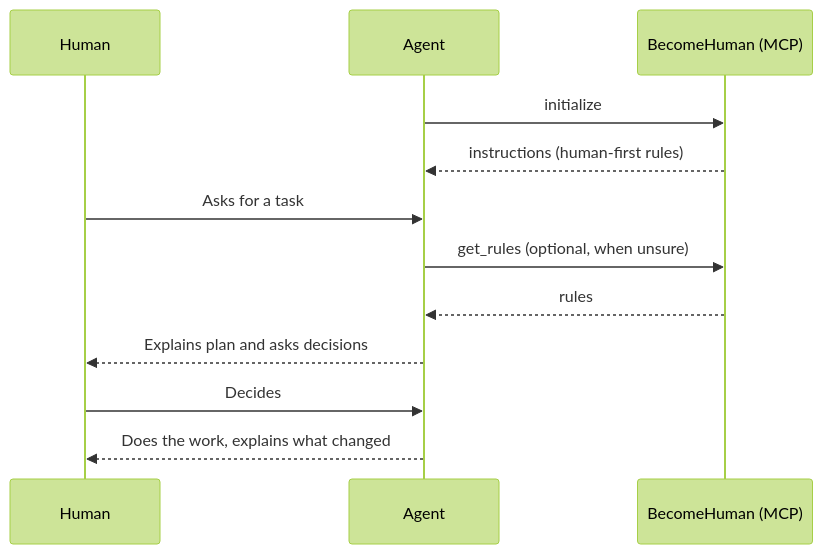
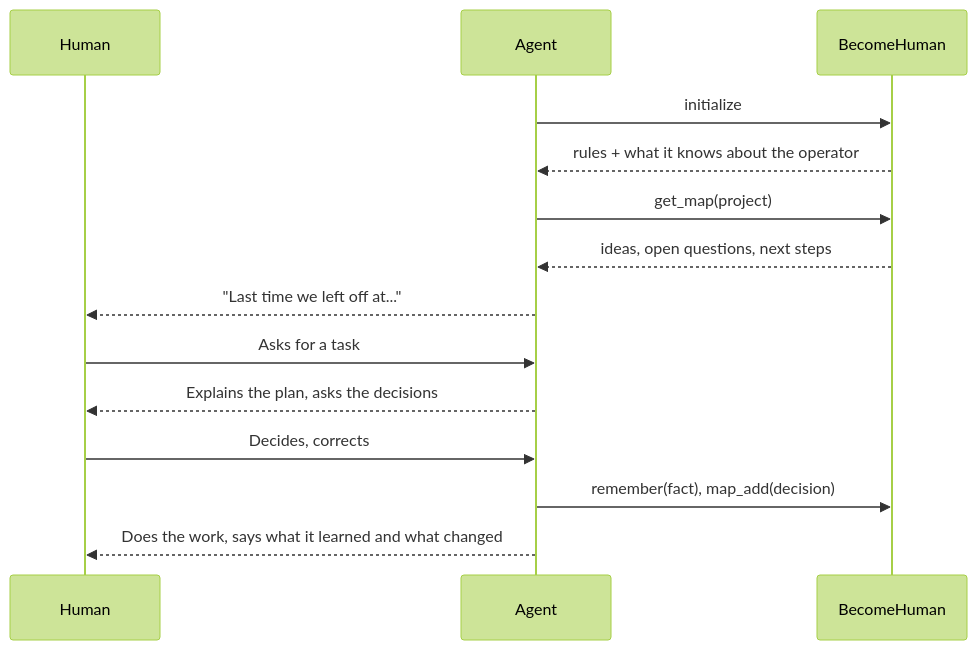
The diagram in README.md (201Tech/become-human), drawn with Mermaid (forest theme) before and after one commit. The commit also changed other lines of this file and 23 other files, not shown here.

Commit message:
feat: operator profile, idea maps, partner rules and terminal banner

````diff
--- a/README.md
+++ b/README.md
@@ -20,15 +36,17 @@
 ```mermaid
 sequenceDiagram
     participant H as Human
     participant A as Agent
-    participant B as BecomeHuman (MCP)
+    participant B as BecomeHuman
 
     A->>B: initialize
-    B-->>A: instructions (human-first rules)
+    B-->>A: rules + what it knows about the operator
+    A->>B: get_map(project)
+    B-->>A: ideas, open questions, next steps
+    A-->>H: "Last time we left off at..."
     H->>A: Asks for a task
-    A->>B: get_rules (optional, when unsure)
-    B-->>A: rules
-    A-->>H: Explains plan and asks decisions
-    H->>A: Decides
-    A-->>H: Does the work, explains what changed
+    A-->>H: Explains the plan, asks the decisions
+    H->>A: Decides, corrects
+    A->>B: remember(fact), map_add(decision)
+    A-->>H: Does the work, says what it learned and what changed
 ```
````
